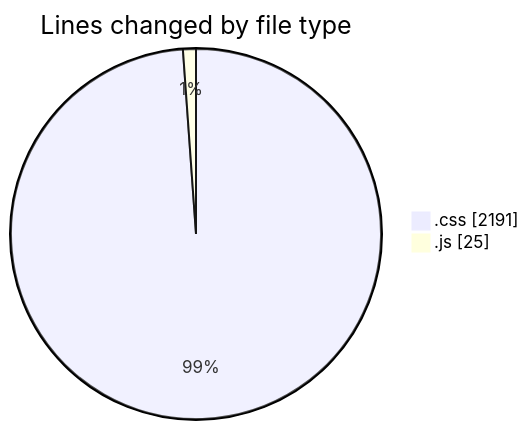
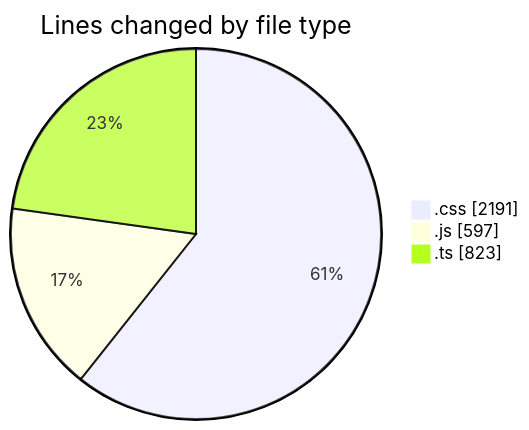
One commit to tmsrecording-cyber/code-tracking changed the first of 2 diagrams in 2026-04-24/darkwire/README.md. Above: the diagram before and after it, drawn with Mermaid. The commit also changed other lines of this file and 1 other file, not shown here.

````diff
--- a/2026-04-24/darkwire/README.md
+++ b/2026-04-24/darkwire/README.md
@@ -22,6 +25,7 @@
 ```mermaid
 pie showData
 title Lines changed by file type
 ".css" : 2191
-".js" : 25
+".js" : 597
+".ts" : 823
 ```
````
